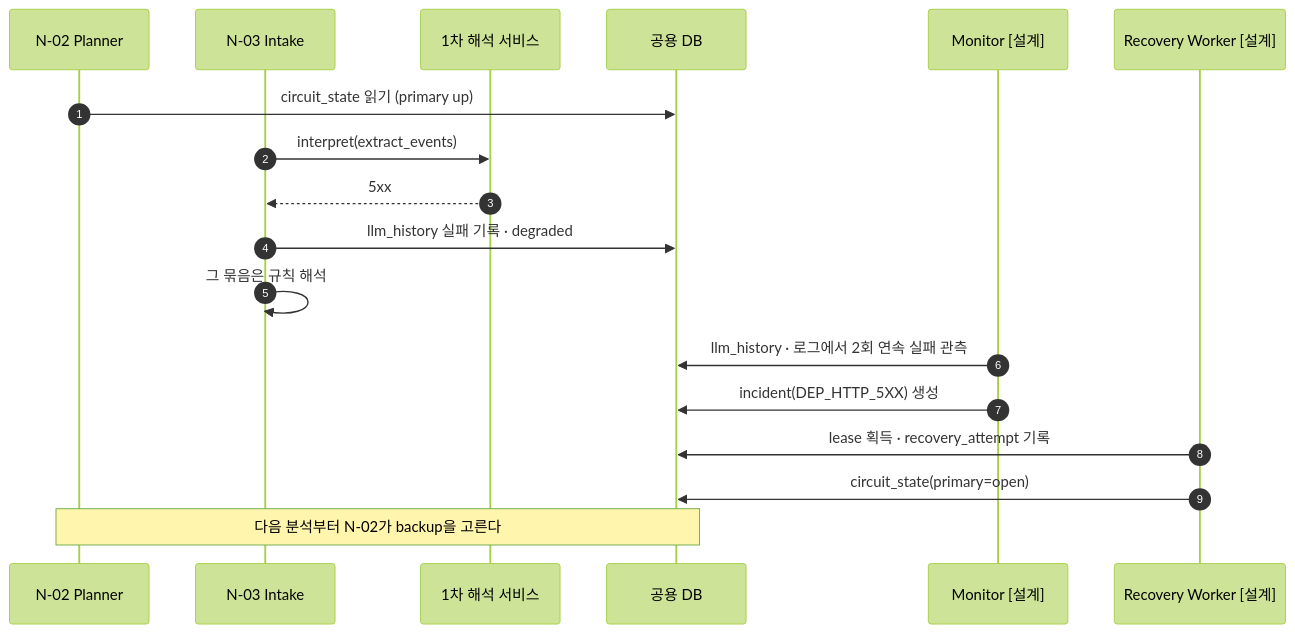
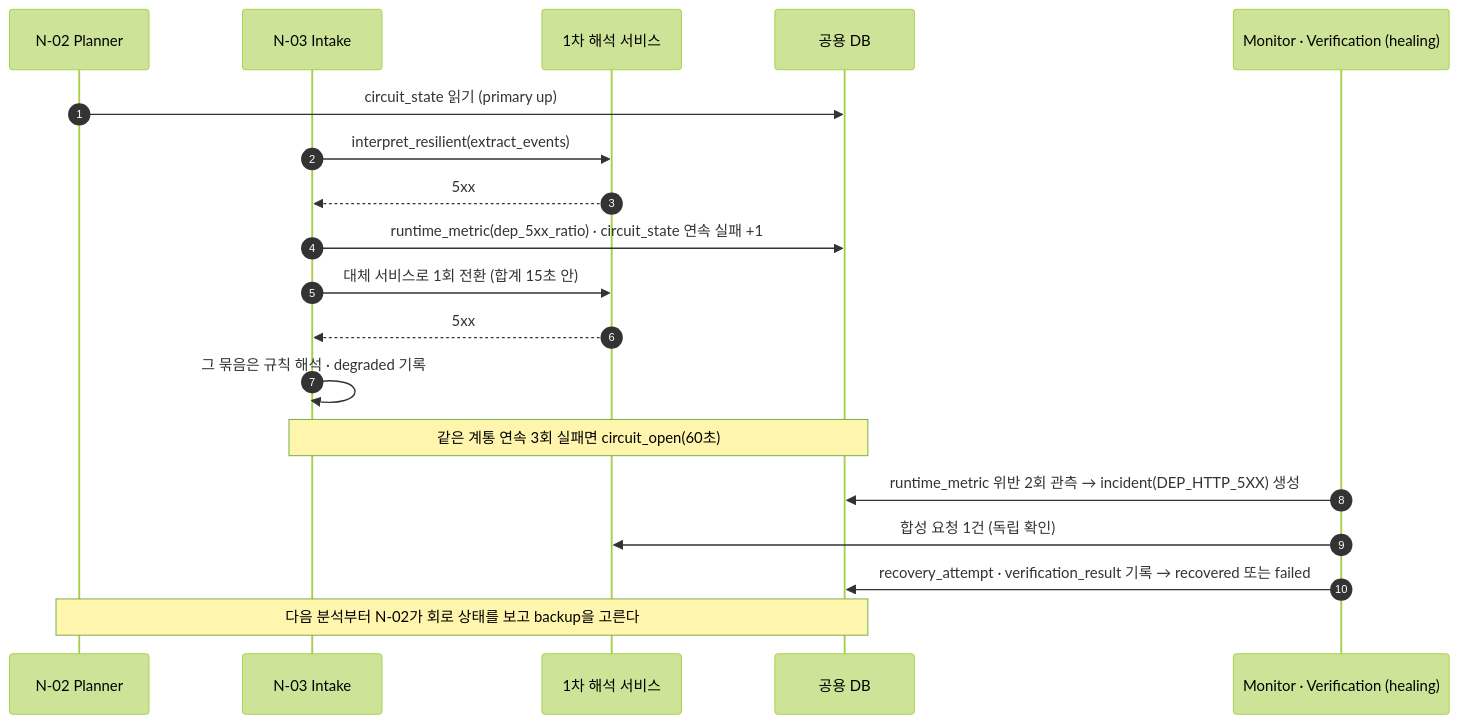
The fifth of 7 diagrams in docs/멀티에이전트 아키텍처 설계서.md (931njhthe-star/moa), drawn with Mermaid (forest theme) before and after one commit. The commit also changed other lines of this file, not shown here.

````diff
--- a/docs/멀티에이전트 아키텍처 설계서.md
+++ b/docs/멀티에이전트 아키텍처 설계서.md
@@ -288,21 +314,22 @@
 ```mermaid
 sequenceDiagram
     autonumber
     participant N02 as N-02 Planner
     participant N03 as N-03 Intake
     participant IS as 1차 해석 서비스
     participant DB as 공용 DB
-    participant MON as Monitor [설계]
-    participant REC as Recovery Worker [설계]
+    participant MON as Monitor · Verification (healing)
 
     N02->>DB: circuit_state 읽기 (primary up)
-    N03->>IS: interpret(extract_events)
+    N03->>IS: interpret_resilient(extract_events)
     IS-->>N03: 5xx
-    N03->>DB: llm_history 실패 기록 · degraded
-    N03->>N03: 그 묶음은 규칙 해석
-    MON->>DB: llm_history · 로그에서 2회 연속 실패 관측
-    MON->>DB: incident(DEP_HTTP_5XX) 생성
-    REC->>DB: lease 획득 · recovery_attempt 기록
-    REC->>DB: circuit_state(primary=open)
-    Note over N02,DB: 다음 분석부터 N-02가 backup을 고른다
+    N03->>DB: runtime_metric(dep_5xx_ratio) · circuit_state 연속 실패 +1
+    N03->>IS: 대체 서비스로 1회 전환 (합계 15초 안)
+    IS-->>N03: 5xx
+    N03->>N03: 그 묶음은 규칙 해석 · degraded 기록
+    Note over N03,DB: 같은 계통 연속 3회 실패면 circuit_open(60초)
+    MON->>DB: runtime_metric 위반 2회 관측 → incident(DEP_HTTP_5XX) 생성
+    MON->>IS: 합성 요청 1건 (독립 확인)
+    MON->>DB: recovery_attempt · verification_result 기록 → recovered 또는 failed
+    Note over N02,DB: 다음 분석부터 N-02가 회로 상태를 보고 backup을 고른다
 ```
````
